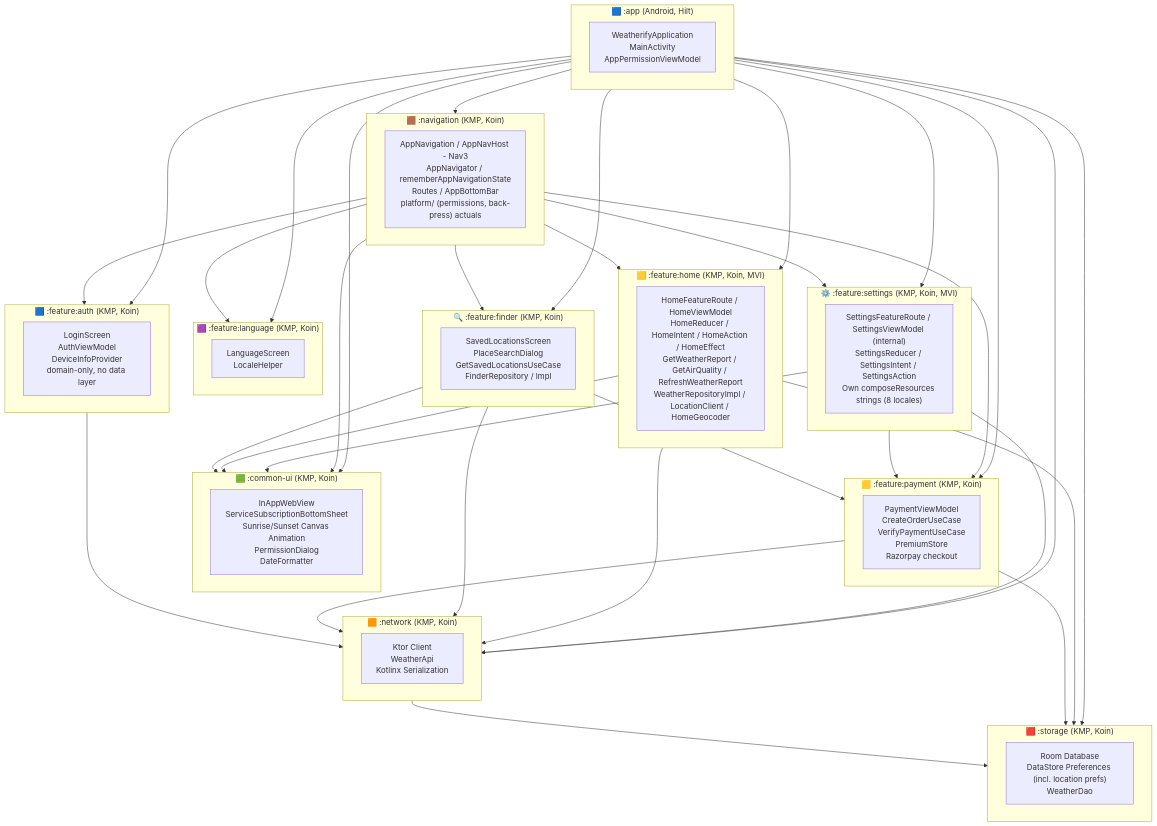
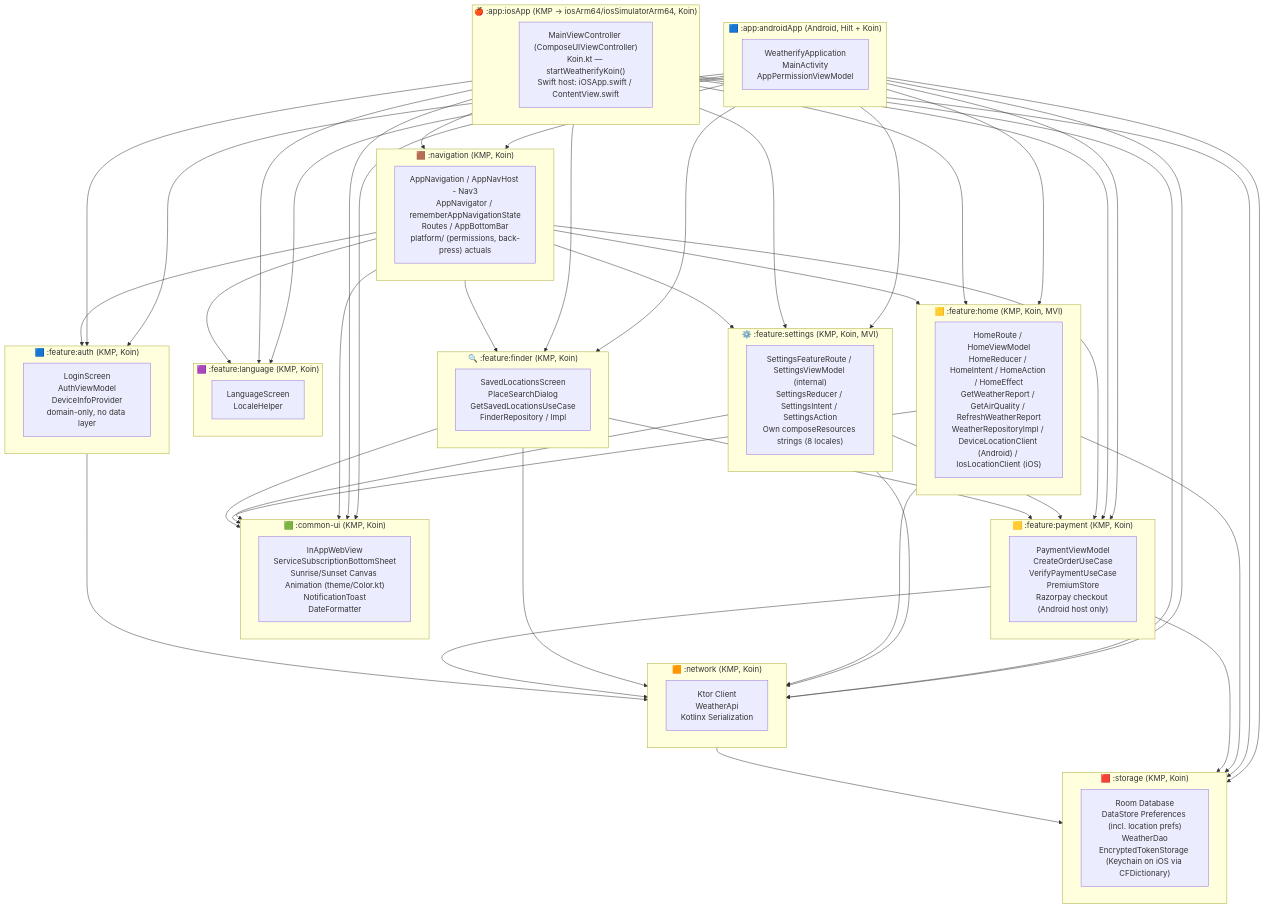
Before and after one commit to bosankus/Compose-Weatherify: the first of 3 diagrams in README.md, drawn with Mermaid. The commit also changed other lines of this file and 3 other files, not shown here.

````diff
--- a/README.md
+++ b/README.md
@@ -38,7 +47,11 @@
 ```mermaid
 graph TD
-    subgraph APP["🟦 :app  (Android, Hilt)"]
+    subgraph ANDROID["🟦 :app:androidApp  (Android, Hilt + Koin)"]
         A["WeatherifyApplication\nMainActivity\nAppPermissionViewModel"]
+    end
+
+    subgraph IOS["🍎 :app:iosApp  (KMP → iosArm64/iosSimulatorArm64, Koin)"]
+        AI["MainViewController (ComposeUIViewController)\nKoin.kt — startWeatherifyKoin()\nSwift host: iOSApp.swift / ContentView.swift"]
     end
 
     subgraph NAV["🟫 :navigation  (KMP, Koin)"]
@@ -46,7 +59,7 @@
     end
 
     subgraph HOME["🟨 :feature:home  (KMP, Koin, MVI)"]
-        I["HomeFeatureRoute / HomeViewModel\nHomeReducer / HomeIntent / HomeAction / HomeEffect\nGetWeatherReport / GetAirQuality / RefreshWeatherReport\nWeatherRepositoryImpl / LocationClient / HomeGeocoder"]
+        I["HomeRoute / HomeViewModel\nHomeReducer / HomeIntent / HomeAction / HomeEffect\nGetWeatherReport / GetAirQuality / RefreshWeatherReport\nWeatherRepositoryImpl / DeviceLocationClient (Android) / IosLocationClient (iOS)"]
     end
 
     subgraph SETTINGS["⚙️ :feature:settings  (KMP, Koin, MVI)"]
@@ -54,7 +67,7 @@
     end
 
     subgraph COMMON["🟩 :common-ui  (KMP, Koin)"]
-        B["InAppWebView\nServiceSubscriptionBottomSheet\nSunrise/Sunset Canvas Animation\nPermissionDialog\nDateFormatter"]
+        B["InAppWebView\nServiceSubscriptionBottomSheet\nSunrise/Sunset Canvas Animation (theme/Color.kt)\nNotificationToast\nDateFormatter"]
     end
 
     subgraph AUTH["🟦 :feature:auth  (KMP, Koin)"]
@@ -62,7 +75,7 @@
     end
 
     subgraph PAYMENT["🟨 :feature:payment  (KMP, Koin)"]
-        C["PaymentViewModel\nCreateOrderUseCase\nVerifyPaymentUseCase\nPremiumStore\nRazorpay checkout"]
+        C["PaymentViewModel\nCreateOrderUseCase\nVerifyPaymentUseCase\nPremiumStore\nRazorpay checkout (Android host only)"]
     end
 
     subgraph NETWORK["🟧 :network  (KMP, Koin)"]
@@ -70,7 +83,7 @@
     end
 
     subgraph STORAGE["🟥 :storage  (KMP, Koin)"]
-        E["Room Database\nDataStore Preferences (incl. location prefs)\nWeatherDao"]
+        E["Room Database\nDataStore Preferences (incl. location prefs)\nWeatherDao\nEncryptedTokenStorage (Keychain on iOS via CFDictionary)"]
     end
 
     subgraph LANGUAGE["🟪 :feature:language  (KMP, Koin)"]
@@ -81,16 +94,26 @@
         G["SavedLocationsScreen\nPlaceSearchDialog\nGetSavedLocationsUseCase\nFinderRepository / Impl"]
     end
 
-    APP --> NAV
-    APP --> HOME
-    APP --> SETTINGS
-    APP --> COMMON
-    APP --> AUTH
-    APP --> PAYMENT
-    APP --> NETWORK
-    APP --> STORAGE
-    APP --> LANGUAGE
-    APP --> FINDER
+    ANDROID --> NAV
+    ANDROID --> HOME
+    ANDROID --> SETTINGS
+    ANDROID --> COMMON
+    ANDROID --> AUTH
+    ANDROID --> PAYMENT
+    ANDROID --> NETWORK
+    ANDROID --> STORAGE
+    ANDROID --> LANGUAGE
+    ANDROID --> FINDER
+    IOS --> NAV
+    IOS --> HOME
+    IOS --> SETTINGS
+    IOS --> COMMON
+    IOS --> AUTH
+    IOS --> PAYMENT
+    IOS --> NETWORK
+    IOS --> STORAGE
+    IOS --> LANGUAGE
+    IOS --> FINDER
     NAV --> HOME
     NAV --> SETTINGS
     NAV --> COMMON
````
